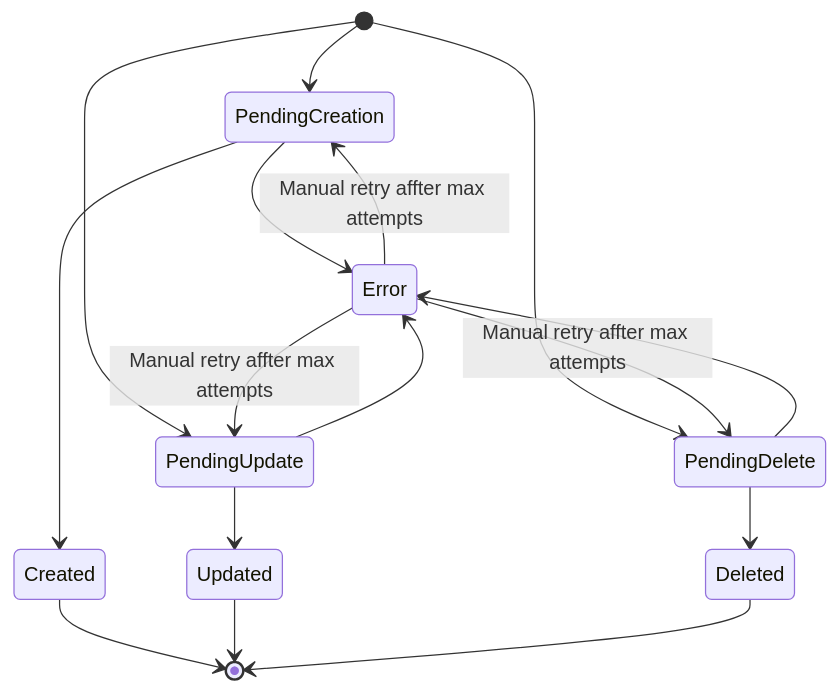
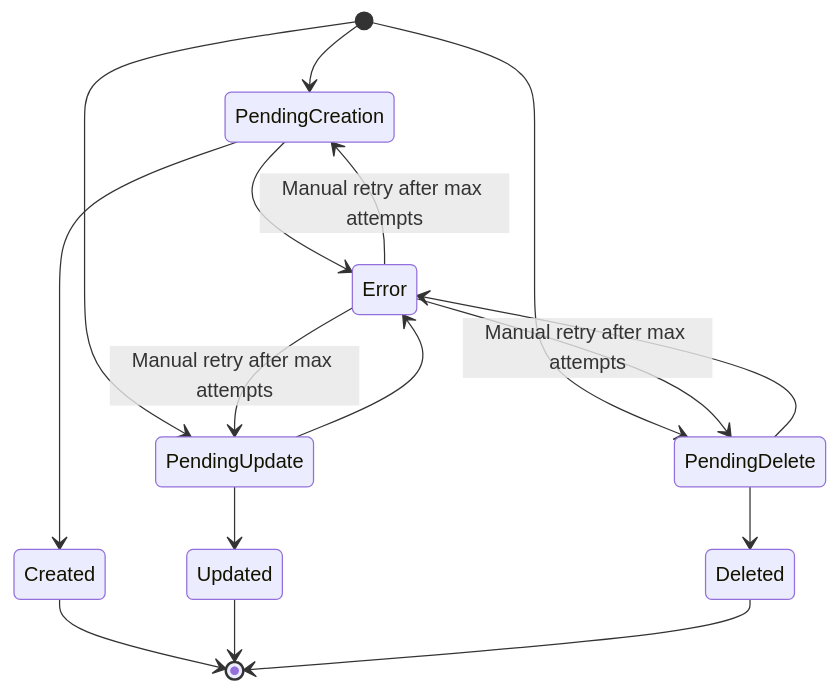
Before and after one commit to KafkaMetamorphosis/docs: the second of 2 diagrams in 003-franz/003.3-topic-claim.md, drawn with Mermaid. The commit also changed other lines of this file, not shown here.

````diff
--- a/003-franz/003.3-topic-claim.md
+++ b/003-franz/003.3-topic-claim.md
@@ -46,22 +45,22 @@
 ```mermaid
 stateDiagram-v2
     [*]                    --> PendingCreation
     [*]                    --> PendingUpdate
     [*]                    --> PendingDelete
 
     PendingCreation       --> Created
     PendingUpdate         --> Updated
     PendingDelete         --> Deleted
 
     PendingCreation       --> Error
     PendingUpdate         --> Error
     PendingDelete         --> Error
 
-    Error                 --> PendingCreation : Manual retry affter max attempts
-    Error                 --> PendingUpdate   : Manual retry affter max attempts
-    Error                 --> PendingDelete   : Manual retry affter max attempts
+    Error                 --> PendingCreation : Manual retry after max attempts
+    Error                 --> PendingUpdate   : Manual retry after max attempts
+    Error                 --> PendingDelete   : Manual retry after max attempts
 
     Created               --> [*]
     Updated               --> [*]
     Deleted               --> [*]
 ```
````
